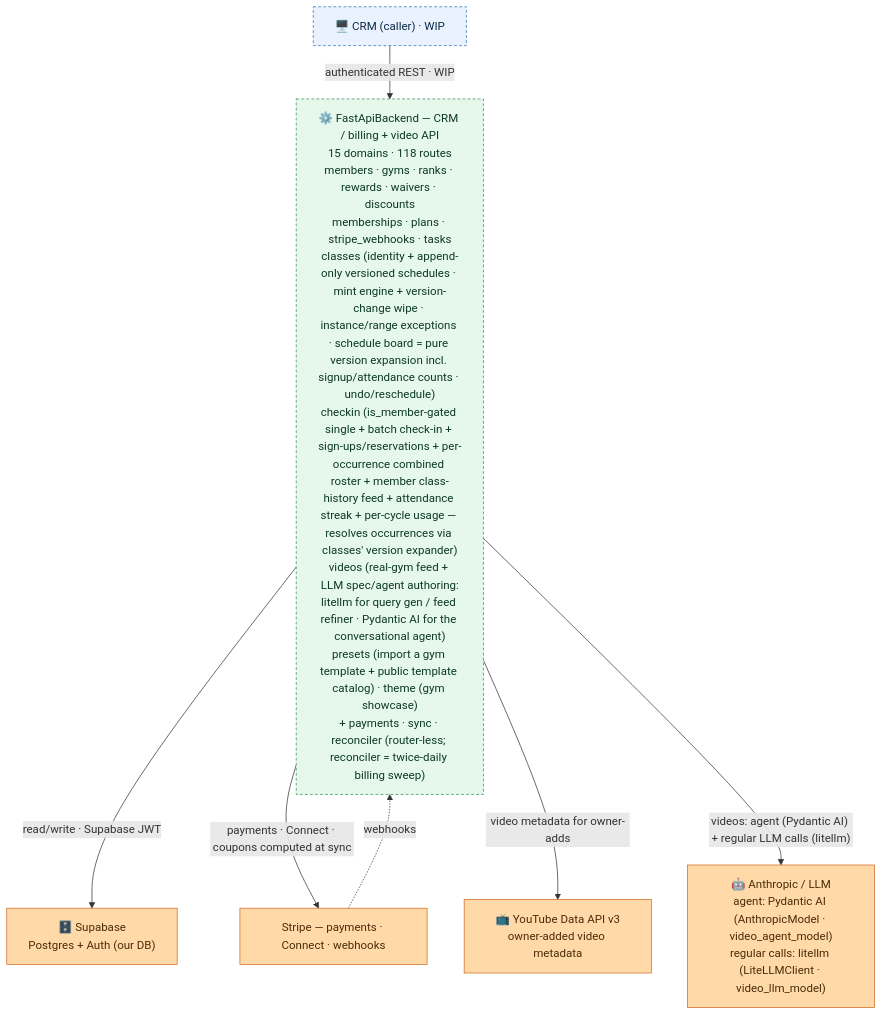
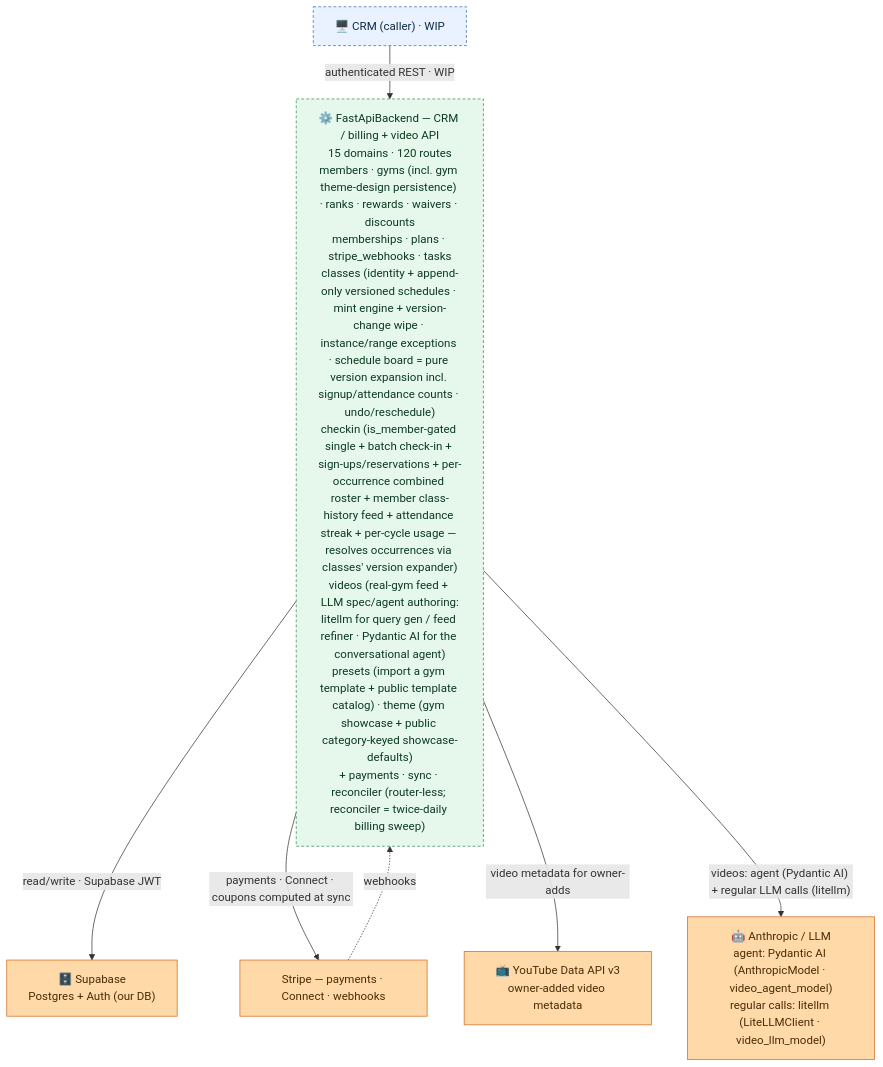
The diagram in FastApiBackend/README.md (jesse51002/CombatDen), drawn with Mermaid before and after one commit. The commit also changed other lines of this file and 7 other files, not shown here.

First line of the commit message:
Docs sweep: theme surfaces off preset tables — CLAUDE.mds, READMEs, mermaids

````diff
--- a/FastApiBackend/README.md
+++ b/FastApiBackend/README.md
@@ -16,23 +16,23 @@
 ```mermaid
 flowchart TB
   CRM["🖥️ CRM (caller) · WIP"]
-  FB["⚙️ FastApiBackend — CRM / billing + video API<br/>15 domains · 118 routes<br/>members · gyms · ranks · rewards · waivers · discounts<br/>memberships · plans · stripe_webhooks · tasks<br/>classes (identity + append-only versioned schedules · mint engine + version-change wipe · instance/range exceptions · schedule board = pure version expansion incl. signup/attendance counts · undo/reschedule)<br/>checkin (is_member-gated single + batch check-in + sign-ups/reservations + per-occurrence combined roster + member class-history feed + attendance streak + per-cycle usage — resolves occurrences via classes' version expander)<br/>videos (real-gym feed + LLM spec/agent authoring:<br/>litellm for query gen / feed refiner · Pydantic AI for the conversational agent)<br/>presets (import a gym template + public template catalog) · theme (gym showcase)<br/>+ payments · sync · reconciler (router-less; reconciler = twice-daily billing sweep)"]
+  FB["⚙️ FastApiBackend — CRM / billing + video API<br/>15 domains · 120 routes<br/>members · gyms (incl. gym theme-design persistence) · ranks · rewards · waivers · discounts<br/>memberships · plans · stripe_webhooks · tasks<br/>classes (identity + append-only versioned schedules · mint engine + version-change wipe · instance/range exceptions · schedule board = pure version expansion incl. signup/attendance counts · undo/reschedule)<br/>checkin (is_member-gated single + batch check-in + sign-ups/reservations + per-occurrence combined roster + member class-history feed + attendance streak + per-cycle usage — resolves occurrences via classes' version expander)<br/>videos (real-gym feed + LLM spec/agent authoring:<br/>litellm for query gen / feed refiner · Pydantic AI for the conversational agent)<br/>presets (import a gym template + public template catalog) · theme (gym showcase + public category-keyed showcase-defaults)<br/>+ payments · sync · reconciler (router-less; reconciler = twice-daily billing sweep)"]
   Supabase["🗄️ Supabase<br/>Postgres + Auth (our DB)"]
   Stripe["Stripe — payments · Connect · webhooks"]
   YouTube["📺 YouTube Data API v3<br/>owner-added video metadata"]
   LLMProvider["🤖 Anthropic / LLM<br/>agent: Pydantic AI (AnthropicModel · video_agent_model)<br/>regular calls: litellm (LiteLLMClient · video_llm_model)"]
   CRM -->|"authenticated REST · WIP"| FB
   FB -->|"read/write · Supabase JWT"| Supabase
   FB -->|"payments · Connect · coupons computed at sync"| Stripe
   Stripe -.->|"webhooks"| FB
   FB -->|"video metadata for owner-adds"| YouTube
   FB -->|"videos: agent (Pydantic AI) + regular LLM calls (litellm)"| LLMProvider
   classDef client fill:#eaf2ff,stroke:#2f6fb0,color:#0b2942;
   classDef svc fill:#e6f7ec,stroke:#2f8f53,color:#0c3a1f;
   classDef ext fill:#ffd9a8,stroke:#d2691e,color:#4a2c08;
   class CRM client;
   class FB svc;
   class Supabase,Stripe,YouTube,LLMProvider ext;
   style CRM stroke-dasharray:4 3;
   style FB stroke-dasharray:4 3;
 ```
````
